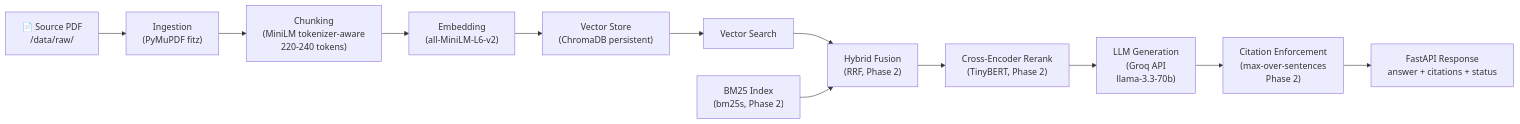
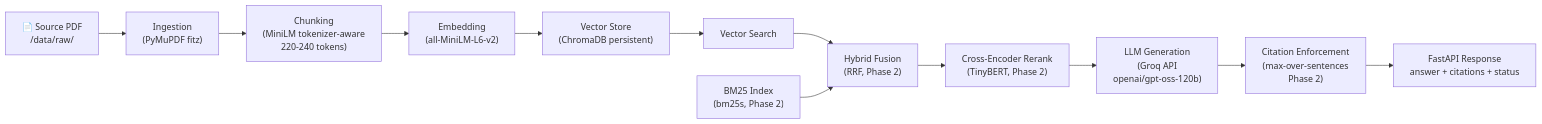
One commit to Jigil-ak/Production-Grade-Medical-RAG changed the diagram in docs/architecture.md. Above: the diagram before and after it, drawn with Mermaid. The commit also changed other lines of this file and 6 other files, not shown here.

Commit message:
feat: migrate Groq model to openai/gpt-oss-120b and update ADR-003 status

````diff
--- a/docs/architecture.md
+++ b/docs/architecture.md
@@ -10,14 +10,14 @@
 ```mermaid
 graph LR
     PDF["📄 Source PDF<br/>/data/raw/"] --> Loader["Ingestion<br/>(PyMuPDF fitz)"]
     Loader --> Chunker["Chunking<br/>(MiniLM tokenizer-aware<br/>220-240 tokens)"]
     Chunker --> Embedder["Embedding<br/>(all-MiniLM-L6-v2)"]
     Embedder --> VectorStore["Vector Store<br/>(ChromaDB persistent)"]
     VectorStore --> VectorSearch["Vector Search"]
     VectorSearch --> HybridFusion["Hybrid Fusion<br/>(RRF, Phase 2)"]
     BM25["BM25 Index<br/>(bm25s, Phase 2)"] --> HybridFusion
     HybridFusion --> Reranker["Cross-Encoder Rerank<br/>(TinyBERT, Phase 2)"]
-    Reranker --> LLM["LLM Generation<br/>(Groq API<br/>llama-3.3-70b)"]
+    Reranker --> LLM["LLM Generation<br/>(Groq API<br/>openai/gpt-oss-120b)"]
     LLM --> CitationEnforcer["Citation Enforcement<br/>(max-over-sentences<br/>Phase 2)"]
     CitationEnforcer --> API["FastAPI Response<br/>answer + citations + status"]
 ```
````
